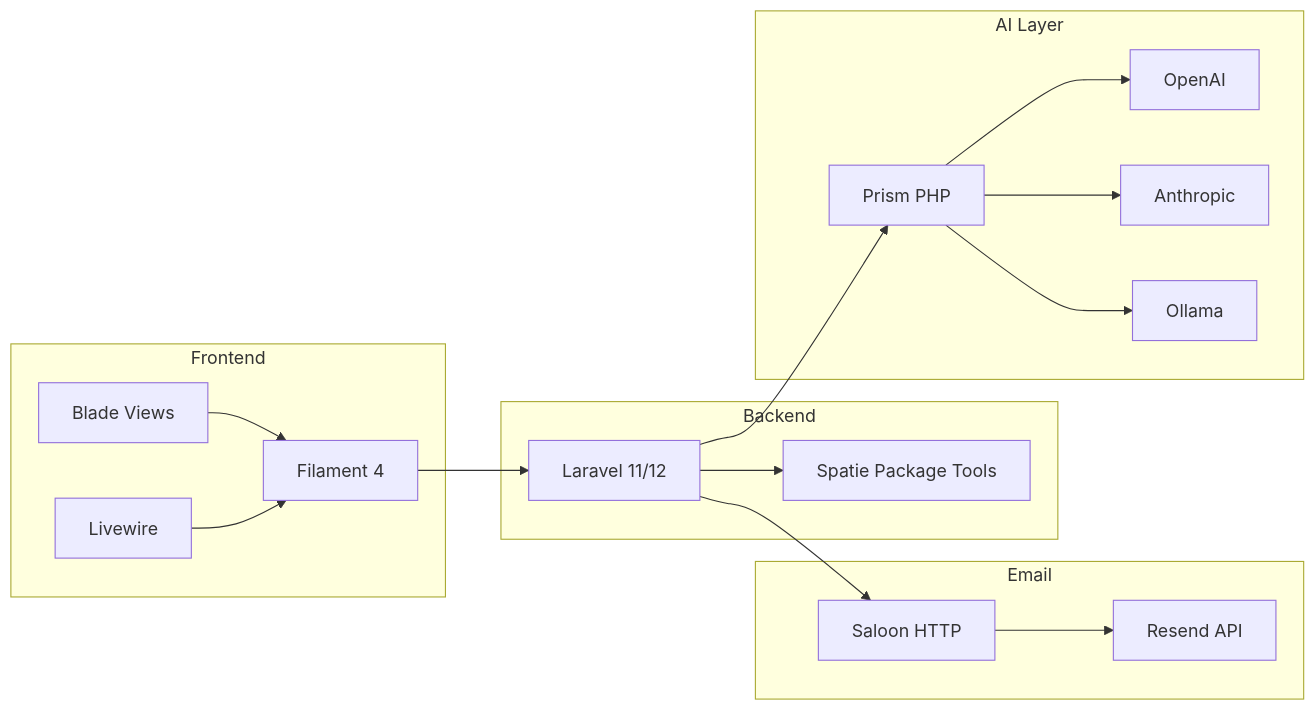
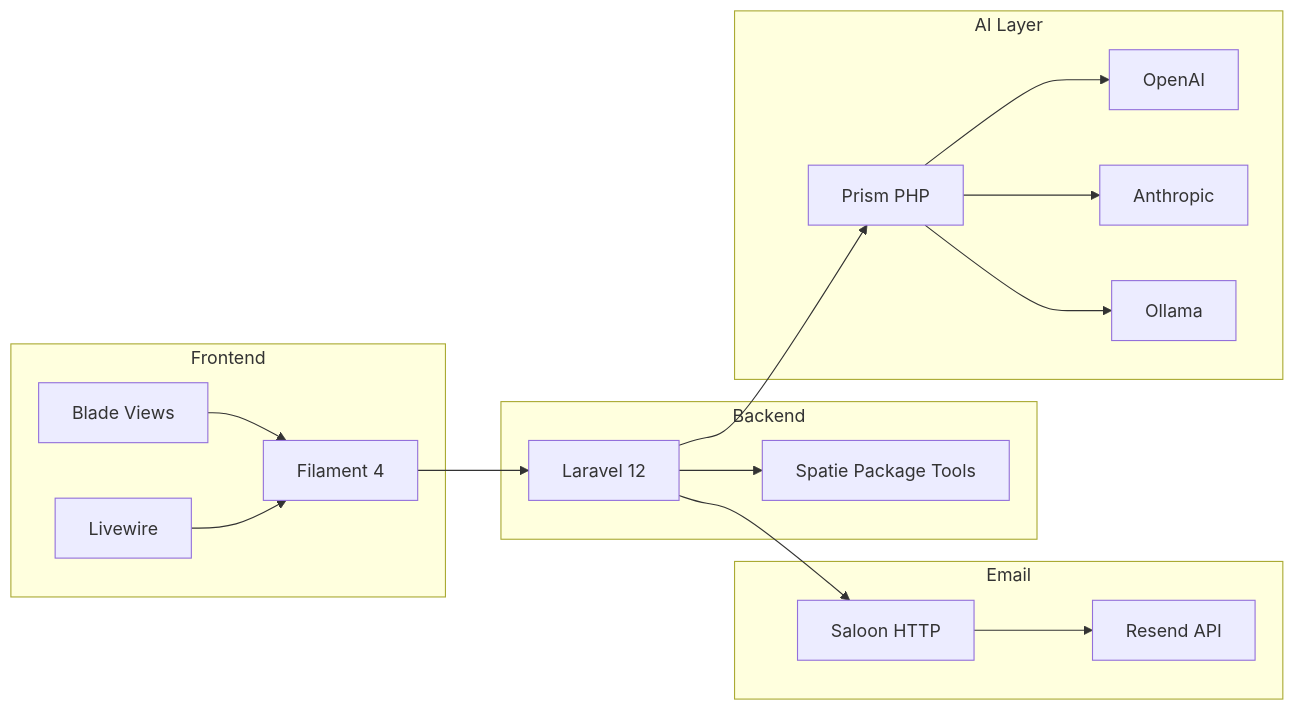
The second of 11 diagrams in README.md (ekandreas/filament-resonator), drawn with Mermaid before and after one commit.

Commit message:
docs: Fix Laravel version reference in README
🤖 Generated with [Claude Code](https://claude.com/claude-code)

````diff
--- a/README.md
+++ b/README.md
@@ -72,36 +72,36 @@
 ```mermaid
 graph LR
     subgraph "Frontend"
         F[Filament 4]
         B[Blade Views]
         L[Livewire]
     end
 
     subgraph "Backend"
-        LA[Laravel 11/12]
+        LA[Laravel 12]
         SP[Spatie Package Tools]
     end
 
     subgraph "Email"
         RE[Resend API]
         SA[Saloon HTTP]
     end
 
     subgraph "AI Layer"
         PR[Prism PHP]
         OA[OpenAI]
         AN[Anthropic]
         OL[Ollama]
     end
 
     F --> LA
     B --> F
     L --> F
     LA --> SP
     LA --> SA
     SA --> RE
     LA --> PR
     PR --> OA
     PR --> AN
     PR --> OL
 ```
````
